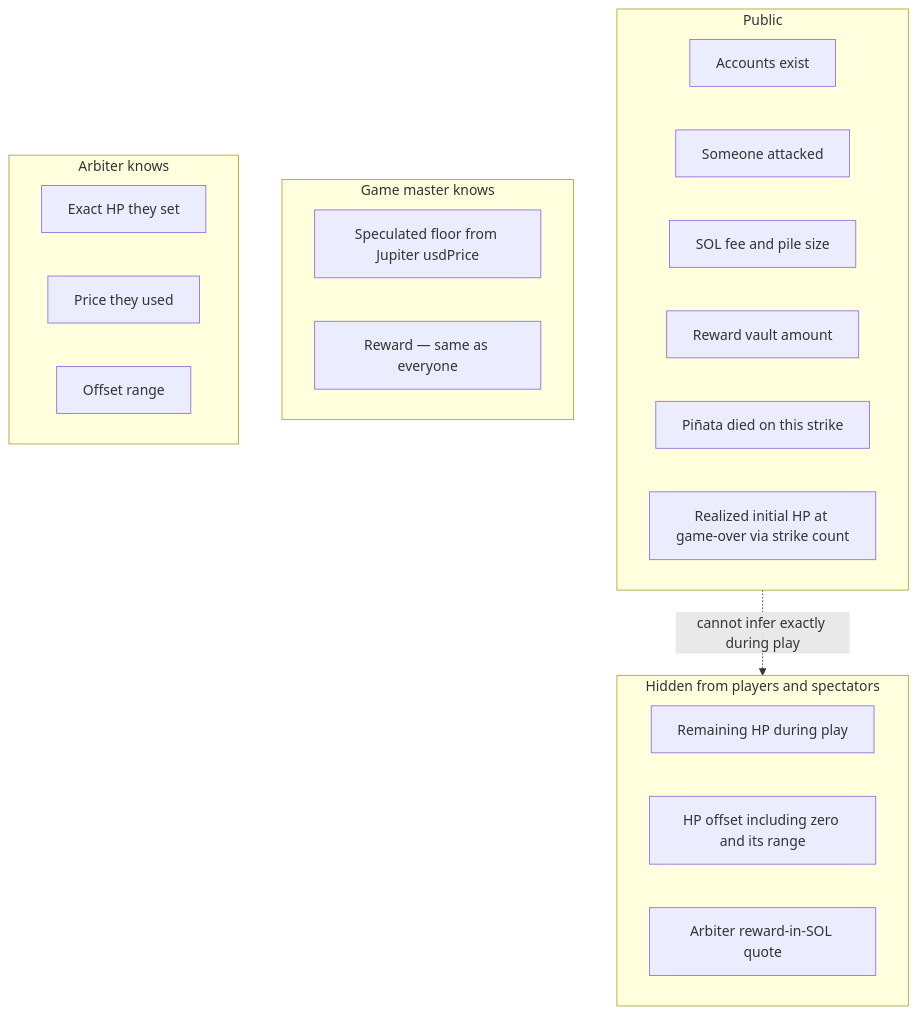
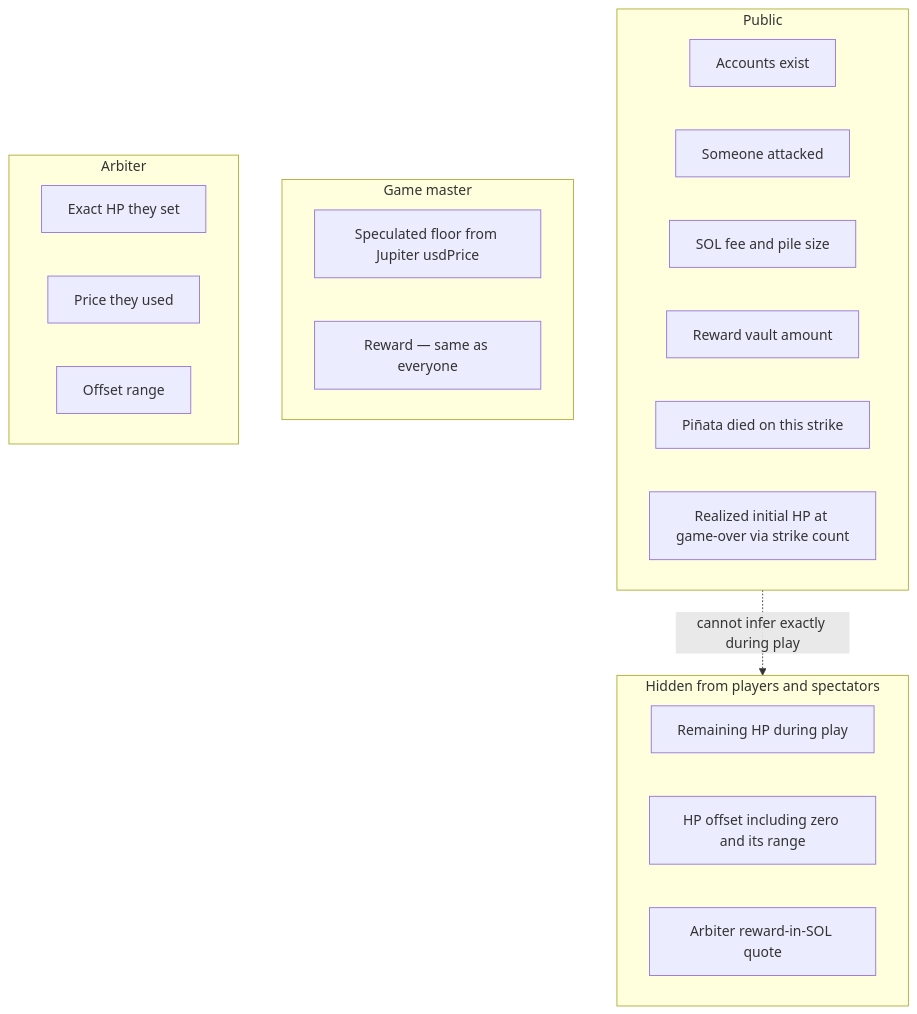
One commit to kilogold/confidential-pinata changed the first of 3 diagrams in docs/confidential-balances.md. Above: the diagram before and after it, drawn with Mermaid. The commit also changed other lines of this file and 7 other files, not shown here.

````diff
--- a/docs/confidential-balances.md
+++ b/docs/confidential-balances.md
@@ -16,26 +25,26 @@
 ```mermaid
 flowchart TB
   subgraph public [Public]
     accounts[Accounts exist]
     attacks[Someone attacked]
     solFee[SOL fee and pile size]
     rewardAmt[Reward vault amount]
     died[Piñata died on this strike]
     realizedHp[Realized initial HP at game-over via strike count]
   end
   subgraph hiddenFromPublic [Hidden from players and spectators]
     hp[Remaining HP during play]
     offset[HP offset including zero and its range]
     arbiterPrice[Arbiter reward-in-SOL quote]
   end
-  subgraph gmKnows [Game master knows]
+  subgraph gmKnows [Game master]
     guess[Speculated floor from Jupiter usdPrice]
     rewardPublic[Reward — same as everyone]
   end
-  subgraph arbiterKnows [Arbiter knows]
+  subgraph arbiterKnows [Arbiter]
     exactHp[Exact HP they set]
     priceUsed[Price they used]
     offsetRange[Offset range]
   end
   public -.->|"cannot infer exactly during play"| hiddenFromPublic
 ```
````
